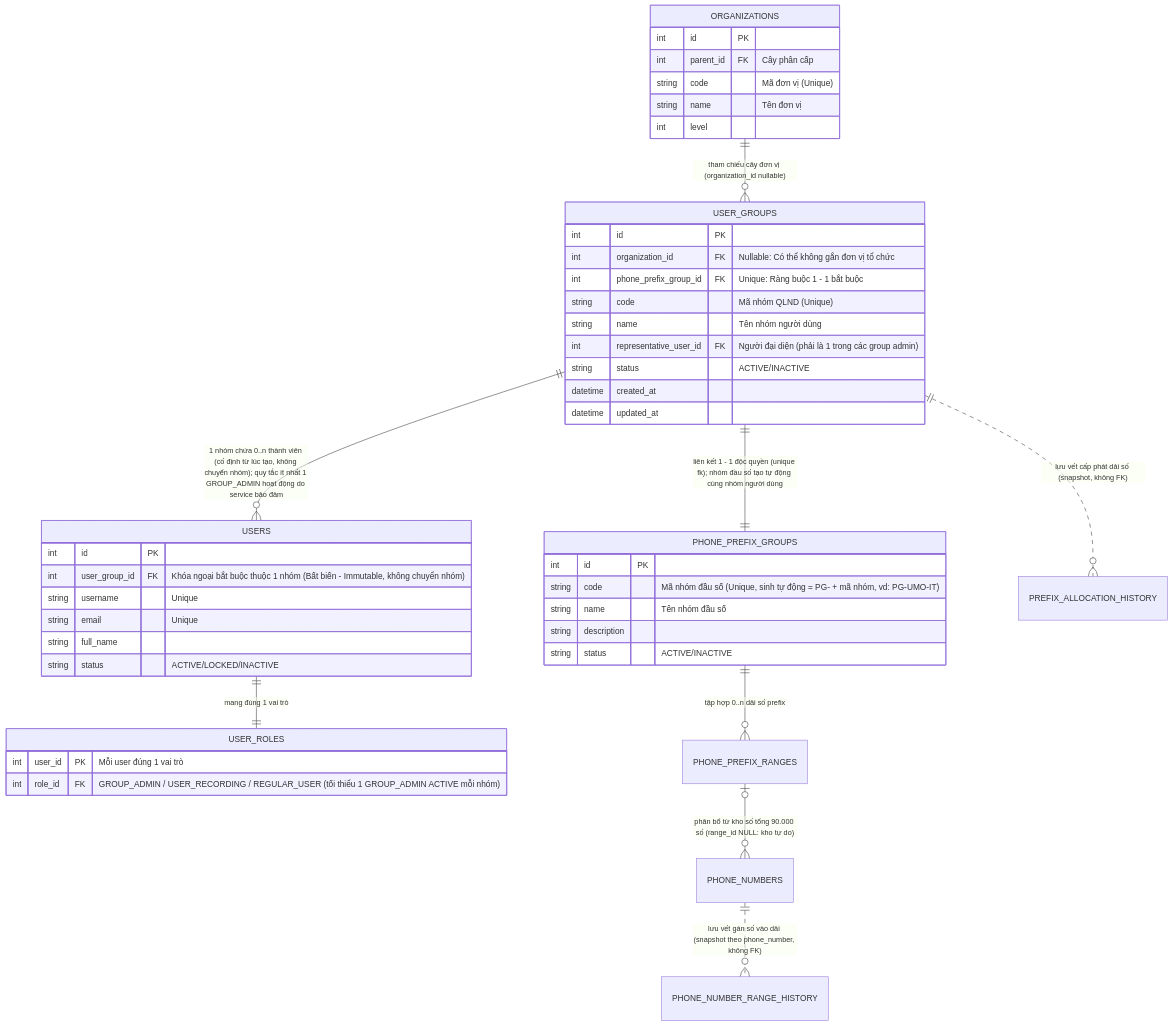
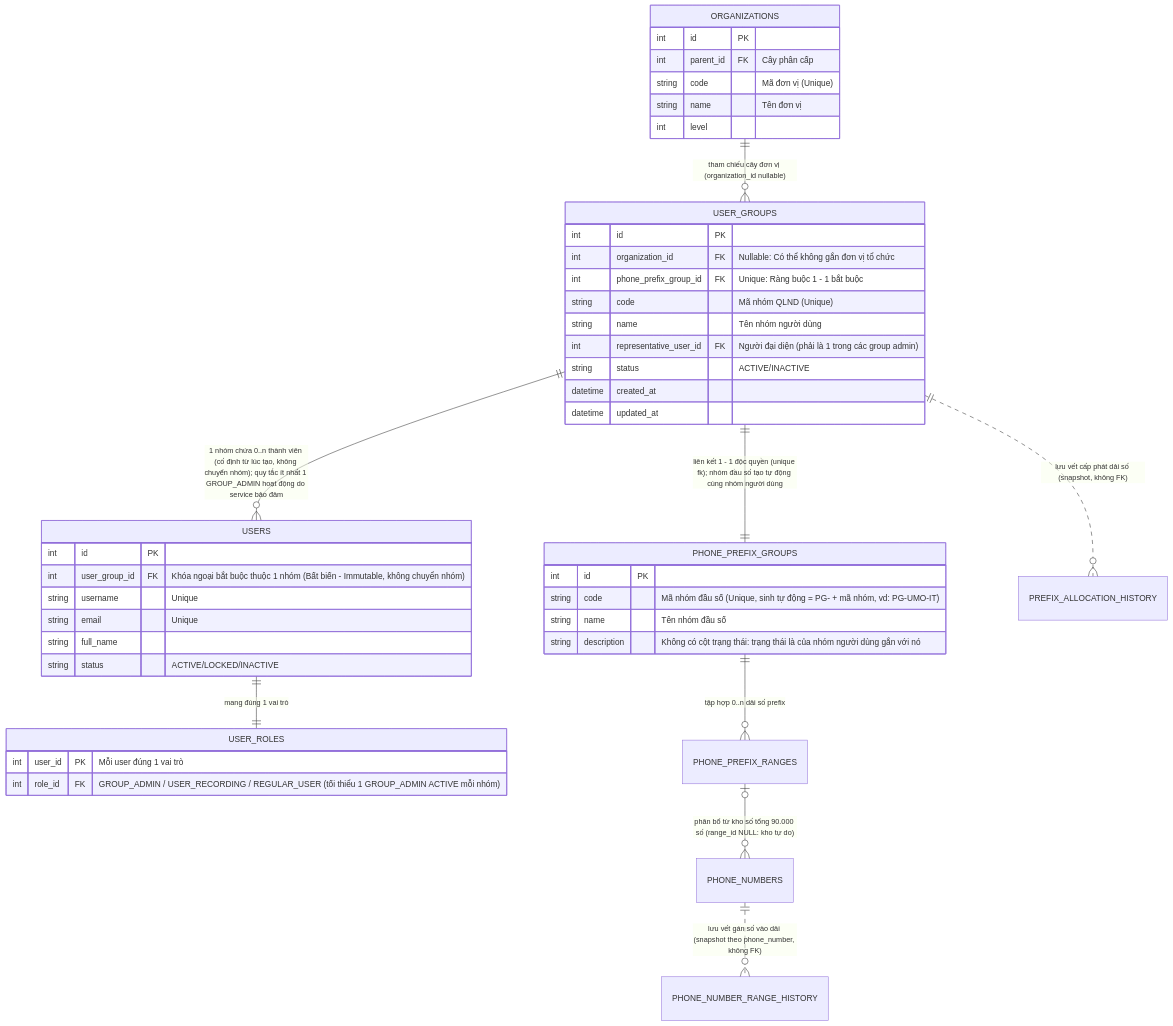
One commit to baobdevnit/evncdras changed the diagram in docs/modules/02_user_group.md. Above: the diagram before and after it, drawn with Mermaid. The commit also changed other lines of this file and 6 other files, not shown here.

````diff
--- a/docs/modules/02_user_group.md
+++ b/docs/modules/02_user_group.md
@@ -52,53 +52,52 @@
 ```mermaid
 erDiagram
     ORGANIZATIONS ||--o{ USER_GROUPS : "tham chiếu cây đơn vị (organization_id nullable)"
     USER_GROUPS ||--|| PHONE_PREFIX_GROUPS : "liên kết 1 - 1 độc quyền (unique fk); nhóm đầu số tạo tự động cùng nhóm người dùng"
     USER_GROUPS ||--o{ USERS : "1 nhóm chứa 0..n thành viên (cố định từ lúc tạo, không chuyển nhóm); quy tắc ít nhất 1 GROUP_ADMIN hoạt động do service bảo đảm"
     USERS ||--|| USER_ROLES : "mang đúng 1 vai trò"
     PHONE_PREFIX_GROUPS ||--o{ PHONE_PREFIX_RANGES : "tập hợp 0..n dải số prefix"
     PHONE_PREFIX_RANGES |o--o{ PHONE_NUMBERS : "phân bổ từ kho số tổng 90.000 số (range_id NULL: kho tự do)"
     USER_GROUPS ||..o{ PREFIX_ALLOCATION_HISTORY : "lưu vết cấp phát dải số (snapshot, không FK)"
     PHONE_NUMBERS ||..o{ PHONE_NUMBER_RANGE_HISTORY : "lưu vết gán số vào dải (snapshot theo phone_number, không FK)"
 
     USER_GROUPS {
         int id PK
         int organization_id FK "Nullable: Có thể không gắn đơn vị tổ chức"
         int phone_prefix_group_id FK "Unique: Ràng buộc 1 - 1 bắt buộc"
         string code "Mã nhóm QLND (Unique)"
         string name "Tên nhóm người dùng"
         int representative_user_id FK "Người đại diện (phải là 1 trong các group admin)"
         string status "ACTIVE/INACTIVE"
         datetime created_at
         datetime updated_at
     }
 
     USERS {
         int id PK
         int user_group_id FK "Khóa ngoại bắt buộc thuộc 1 nhóm (Bất biến - Immutable, không chuyển nhóm)"
         string username "Unique"
         string email "Unique"
         string full_name
         string status "ACTIVE/LOCKED/INACTIVE"
     }
 
     USER_ROLES {
         int user_id PK "Mỗi user đúng 1 vai trò"
         int role_id FK "GROUP_ADMIN / USER_RECORDING / REGULAR_USER (tối thiểu 1 GROUP_ADMIN ACTIVE mỗi nhóm)"
     }
 
     PHONE_PREFIX_GROUPS {
         int id PK
         string code "Mã nhóm đầu số (Unique, sinh tự động = PG- + mã nhóm, vd: PG-UMO-IT)"
         string name "Tên nhóm đầu số"
-        string description
-        string status "ACTIVE/INACTIVE"
+        string description "Không có cột trạng thái: trạng thái là của nhóm người dùng gắn với nó"
     }
 
     ORGANIZATIONS {
         int id PK
         int parent_id FK "Cây phân cấp"
         string code "Mã đơn vị (Unique)"
         string name "Tên đơn vị"
         int level
     }
 ```
````
